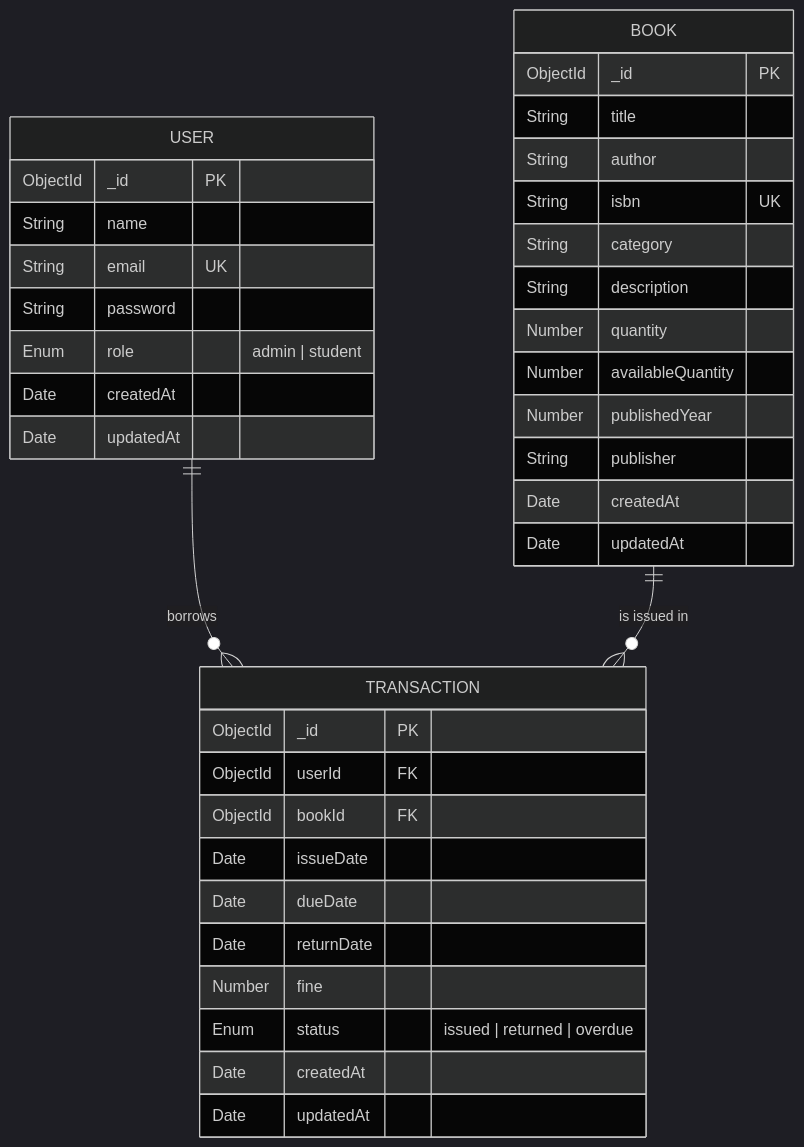
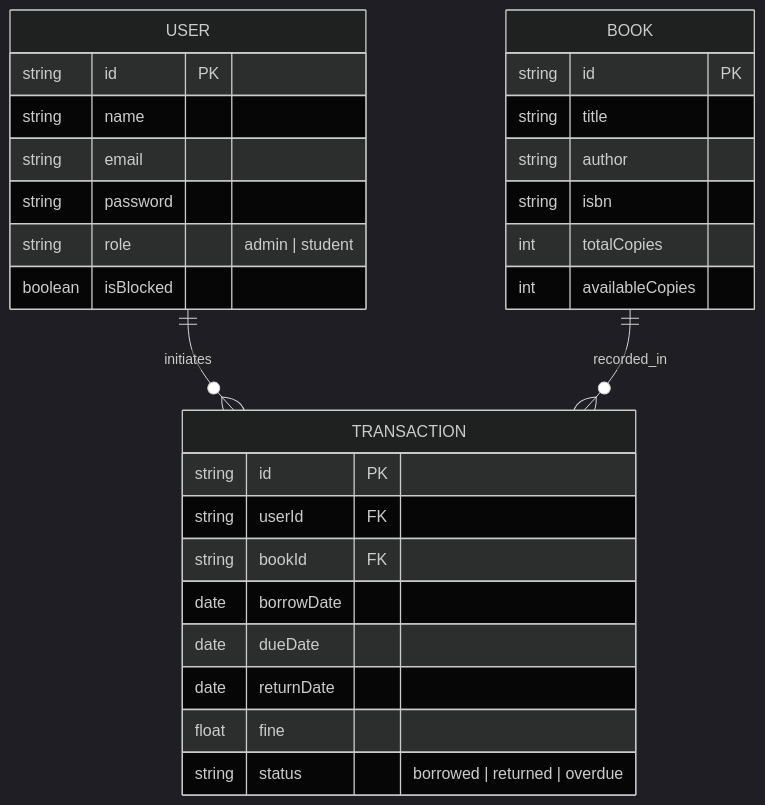
One commit to Akashgautam25/Library_management_system changed the fifth of 5 diagrams in docs/diagrams.md. Above: the diagram before and after it, drawn with Mermaid (dark theme). The commit also changed other lines of this file and 4 other files, not shown here.

Commit message:
chore: professional UML diagrams and frontend build-error fixes

````diff
--- a/docs/diagrams.md
+++ b/docs/diagrams.md
@@ -270,43 +155,34 @@
 ```mermaid
 erDiagram
+    USER ||--o{ TRANSACTION : "initiates"
+    BOOK ||--o{ TRANSACTION : "recorded_in"
+
     USER {
-        ObjectId _id PK
-        String name
-        String email UK
-        String password
-        Enum role "admin | student"
-        Date createdAt
-        Date updatedAt
+        string id PK
+        string name
+        string email
+        string password
+        string role "admin | student"
+        boolean isBlocked
     }
 
     BOOK {
-        ObjectId _id PK
-        String title
-        String author
-        String isbn UK
-        String category
-        String description
-        Number quantity
-        Number availableQuantity
-        Number publishedYear
-        String publisher
-        Date createdAt
-        Date updatedAt
+        string id PK
+        string title
+        string author
+        string isbn
+        int totalCopies
+        int availableCopies
     }
 
     TRANSACTION {
-        ObjectId _id PK
-        ObjectId userId FK
-        ObjectId bookId FK
-        Date issueDate
-        Date dueDate
-        Date returnDate
-        Number fine
-        Enum status "issued | returned | overdue"
-        Date createdAt
-        Date updatedAt
+        string id PK
+        string userId FK
+        string bookId FK
+        date borrowDate
+        date dueDate
+        date returnDate
+        float fine
+        string status "borrowed | returned | overdue"
     }
-
-    USER ||--o{ TRANSACTION : "borrows"
-    BOOK ||--o{ TRANSACTION : "is issued in"
 ```
````
